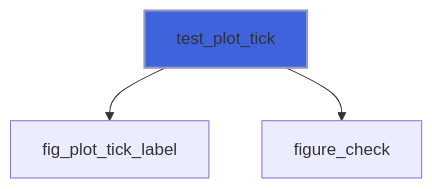
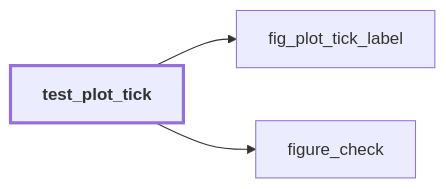
One commit to szaghi/figure changed the third of 57 diagrams in docs/api/src/lib/figure_testing.md. Above: the diagram before and after it, drawn with Mermaid. The commit also changed other lines of this file and 54 other files, not shown here.

````diff
--- a/docs/api/src/lib/figure_testing.md
+++ b/docs/api/src/lib/figure_testing.md
@@ -128,6 +178,9 @@
 ```mermaid
-flowchart TD
+flowchart LR
   test_plot_tick["test_plot_tick"] --> fig_plot_tick_label["fig_plot_tick_label"]
   test_plot_tick["test_plot_tick"] --> figure_check["figure_check"]
-  style test_plot_tick fill:#3e63dd,stroke:#99b,stroke-width:2px
+  classDef focus stroke-width:3px,font-weight:bold
+  class test_plot_tick focus
+  click figure_check href "figure_base.html#figure-check" "figure_check"
+  click fig_plot_tick_label href "figure_c_native.html#fig-plot-tick-label" "fig_plot_tick_label"
 ```
````
